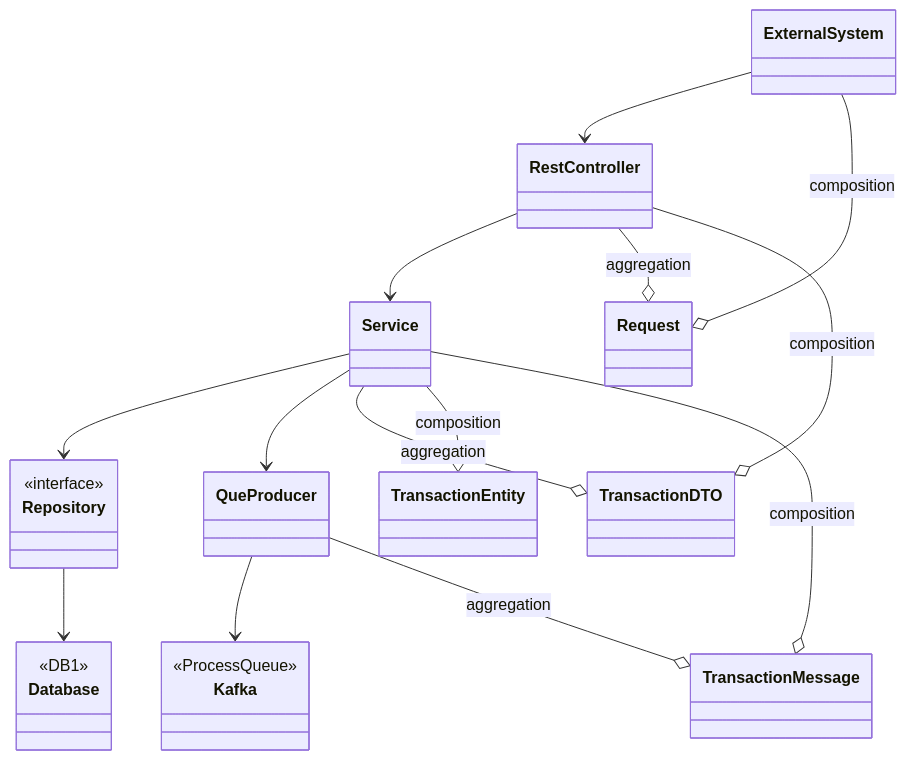
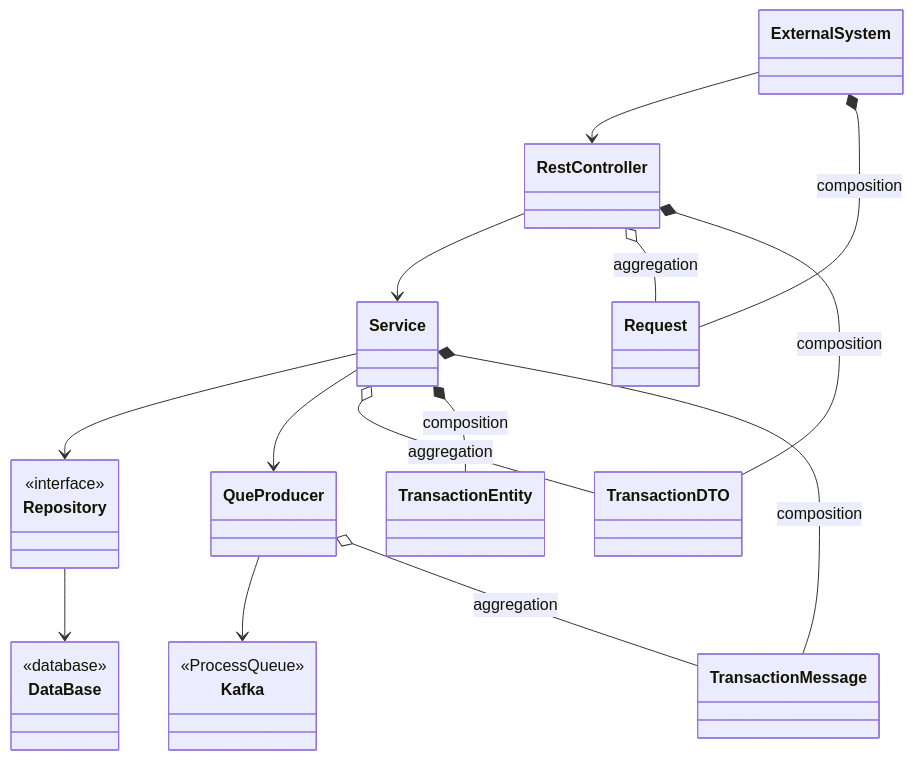
The diagram in backend/api/The_API_Design.md (nic0michael/Trans-Process-Platf), drawn with Mermaid before and after one commit.

Commit message:
Refactor class diagram in The_API_Design.md

````diff
--- a/backend/api/The_API_Design.md
+++ b/backend/api/The_API_Design.md
@@ -1,42 +1,39 @@
-```mermaid id="k8m2qp"
+```mermaid
 classDiagram
 
     class ExternalSystem
     class RestController
     class Service
     class Repository {
         <<interface>>
     }
-
-    class Database {
-        <<DB1>>
+    class DataBase {
+        <<database>>
     }
-
     class QueProducer
     class Kafka {
         <<ProcessQueue>>
     }
-
     class Request
     class TransactionDTO
     class TransactionEntity
     class TransactionMessage
 
     ExternalSystem --> RestController
     RestController --> Service
     Service --> Repository
-    Repository --> Database
+    Repository --> DataBase
 
     Service --> QueProducer
     QueProducer --> Kafka
 
-    ExternalSystem --o Request : composition
-    RestController --o Request : aggregation
-    RestController --o TransactionDTO : composition
+    ExternalSystem *-- Request : composition
+    RestController o-- Request : aggregation
+    RestController *-- TransactionDTO : composition
 
-    Service --o TransactionDTO : aggregation
-    Service --o TransactionEntity : composition
-    Service --o TransactionMessage : composition
+    Service o-- TransactionDTO : aggregation
+    Service *-- TransactionEntity : composition
+    Service *-- TransactionMessage : composition
 
-    QueProducer --o TransactionMessage : aggregation
+    QueProducer o-- TransactionMessage : aggregation
 ```
````
